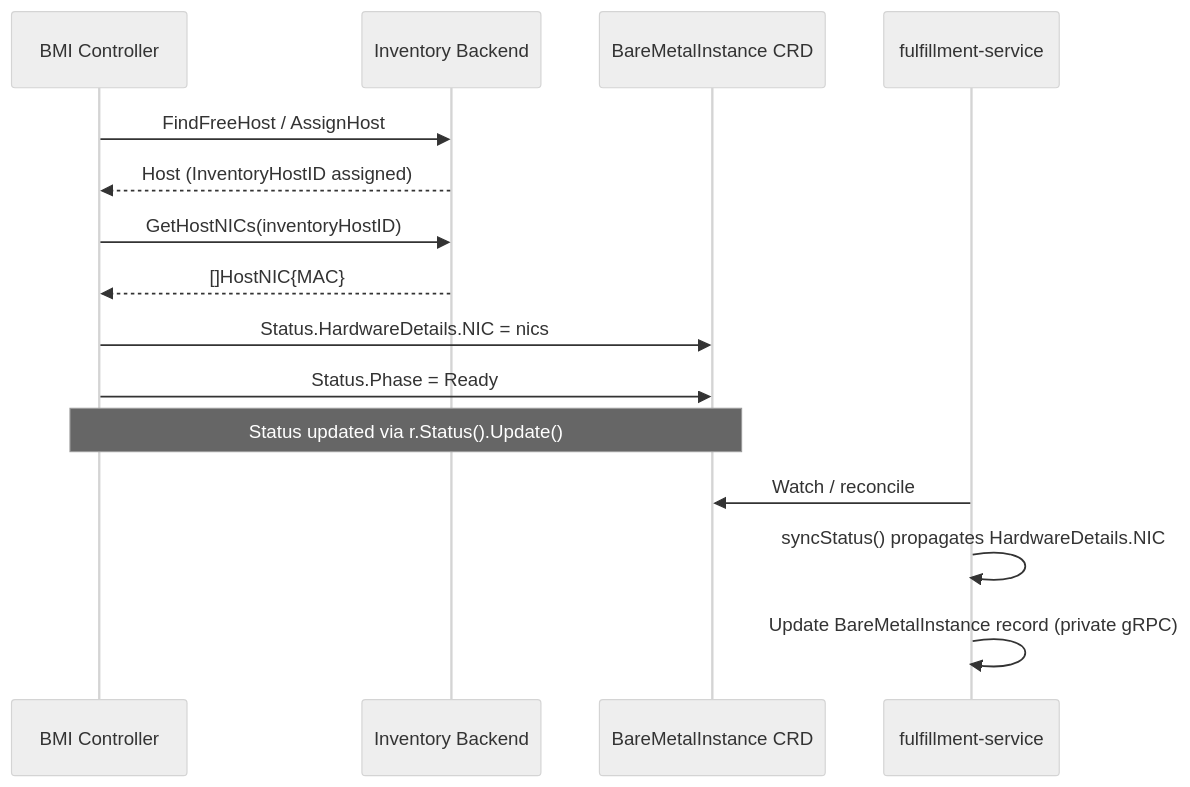
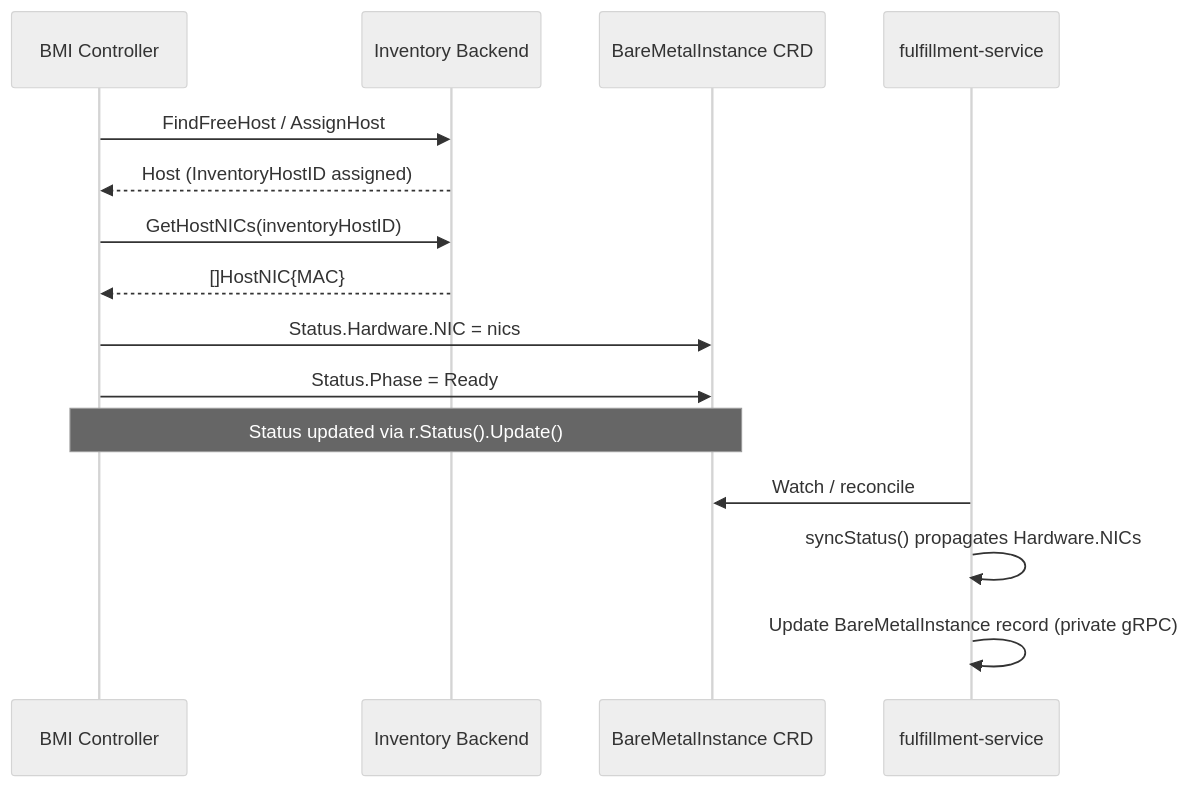
Before and after one commit to osac-project/enhancement-proposals: the diagram in enhancements/OSAC-3254-expose-baremetalinstance-nic-mac-addresses/design.md, drawn with Mermaid (neutral theme). The commit also changed other lines of this file, not shown here.

Commit message:
Design OSAC-3254: structured status.hardware.nics (Metal3-aligned naming)

````diff
--- a/enhancements/OSAC-3254-expose-baremetalinstance-nic-mac-addresses/design.md
+++ b/enhancements/OSAC-3254-expose-baremetalinstance-nic-mac-addresses/design.md
@@ -63,18 +63,18 @@
 ```mermaid
 sequenceDiagram
     participant C as BMI Controller
     participant Inv as Inventory Backend
     participant CRD as BareMetalInstance CRD
     participant FS as fulfillment-service
 
     C->>Inv: FindFreeHost / AssignHost
     Inv-->>C: Host (InventoryHostID assigned)
     C->>Inv: GetHostNICs(inventoryHostID)
     Inv-->>C: []HostNIC{MAC}
-    C->>CRD: Status.HardwareDetails.NIC = nics
+    C->>CRD: Status.Hardware.NIC = nics
     C->>CRD: Status.Phase = Ready
     Note over C,CRD: Status updated via r.Status().Update()
     FS->>CRD: Watch / reconcile
-    FS->>FS: syncStatus() propagates HardwareDetails.NIC
+    FS->>FS: syncStatus() propagates Hardware.NICs
     FS->>FS: Update BareMetalInstance record (private gRPC)
 ```
````
